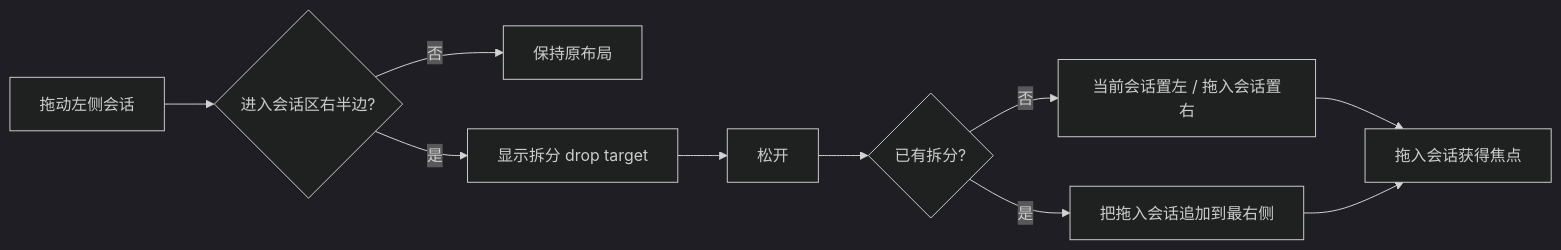
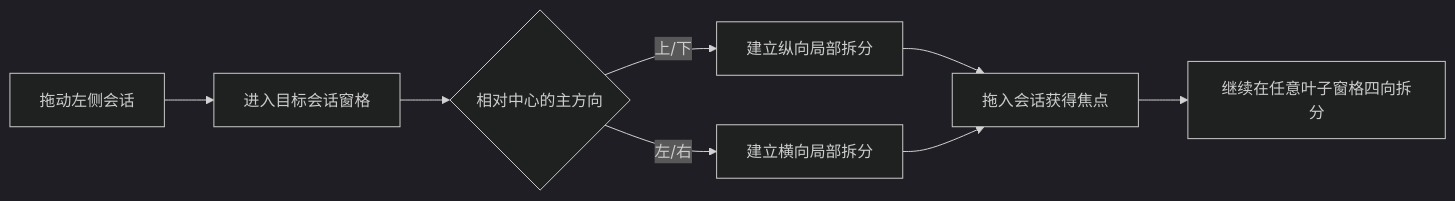
The diagram in docs/conversation-split-panes.md (rambocode/cortex-work), drawn with Mermaid (dark theme) before and after one commit. The commit also changed other lines of this file and 7 other files, not shown here.

````diff
--- a/docs/conversation-split-panes.md
+++ b/docs/conversation-split-panes.md
@@ -19,12 +19,10 @@
 ```mermaid
 flowchart LR
-  A[拖动左侧会话] --> B{进入会话区右半边?}
-  B -- 否 --> C[保持原布局]
-  B -- 是 --> D[显示拆分 drop target]
-  D --> E[松开]
-  E --> F{已有拆分?}
-  F -- 否 --> G[当前会话置左 / 拖入会话置右]
-  F -- 是 --> H[把拖入会话追加到最右侧]
-  G --> I[拖入会话获得焦点]
-  H --> I
+  A[拖动左侧会话] --> B[进入目标会话窗格]
+  B --> C{相对中心的主方向}
+  C -->|上/下| D[建立纵向局部拆分]
+  C -->|左/右| E[建立横向局部拆分]
+  D --> F[拖入会话获得焦点]
+  E --> F
+  F --> G[继续在任意叶子窗格四向拆分]
 ```
````
